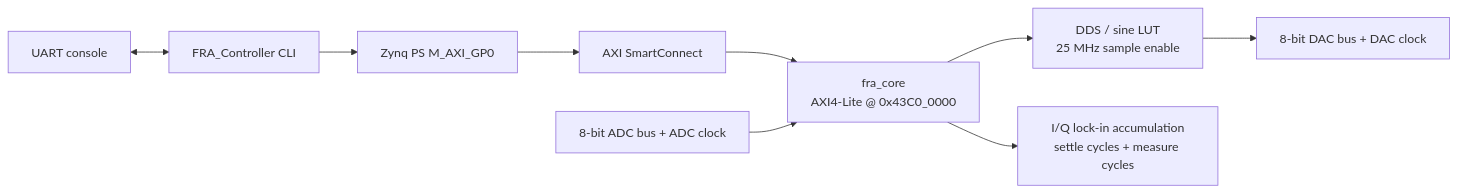
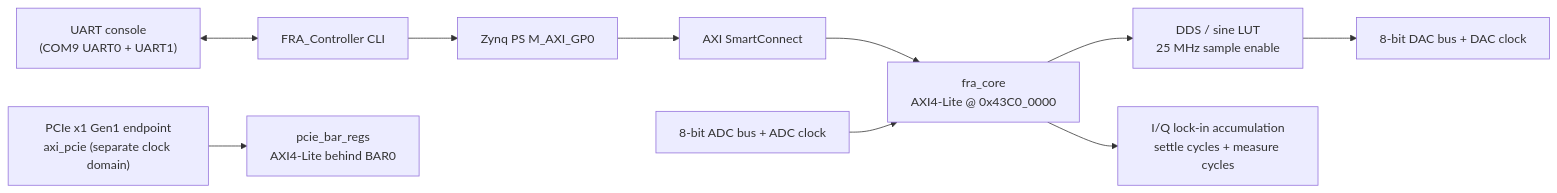
Before and after one commit to Tommy270502/PCIE_FRA: the diagram in README.md, drawn with Mermaid. The commit also changed other lines of this file and 159 other files, not shown here.

Commit message:
Add PCIe endpoint bring-up

````diff
--- a/README.md
+++ b/README.md
@@ -27,14 +34,16 @@
 ```mermaid
 flowchart LR
-    console["UART console"] <--> app["FRA_Controller CLI"]
+    console["UART console\n(COM9 UART0 + UART1)"] <--> app["FRA_Controller CLI"]
     app --> gp0["Zynq PS M_AXI_GP0"]
 
     gp0 --> axi["AXI SmartConnect"]
     axi --> core["fra_core\nAXI4-Lite @ 0x43C0_0000"]
 
     core --> dds["DDS / sine LUT\n25 MHz sample enable"]
     dds --> dac["8-bit DAC bus + DAC clock"]
     adc["8-bit ADC bus + ADC clock"] --> core
 
     core --> lockin["I/Q lock-in accumulation\nsettle cycles + measure cycles"]
+
+    pcie["PCIe x1 Gen1 endpoint\naxi_pcie (separate clock domain)"] --> bar["pcie_bar_regs\nAXI4-Lite behind BAR0"]
 ```
````
